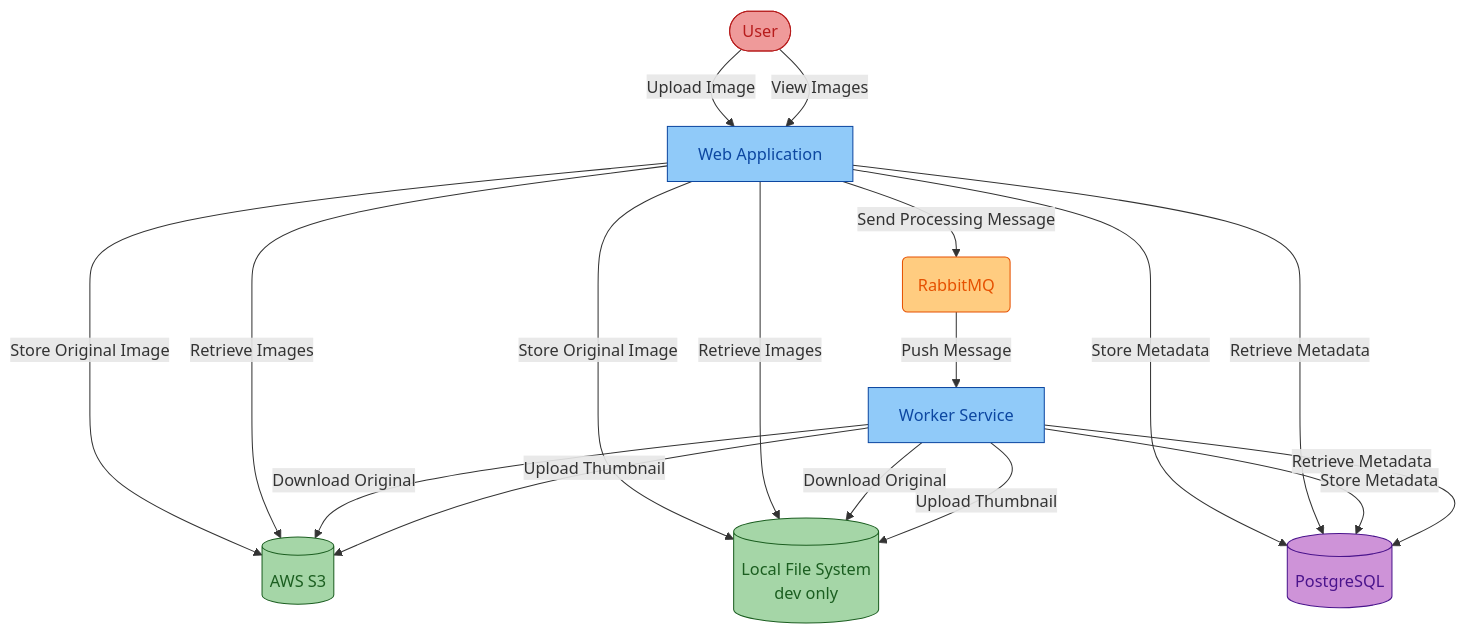
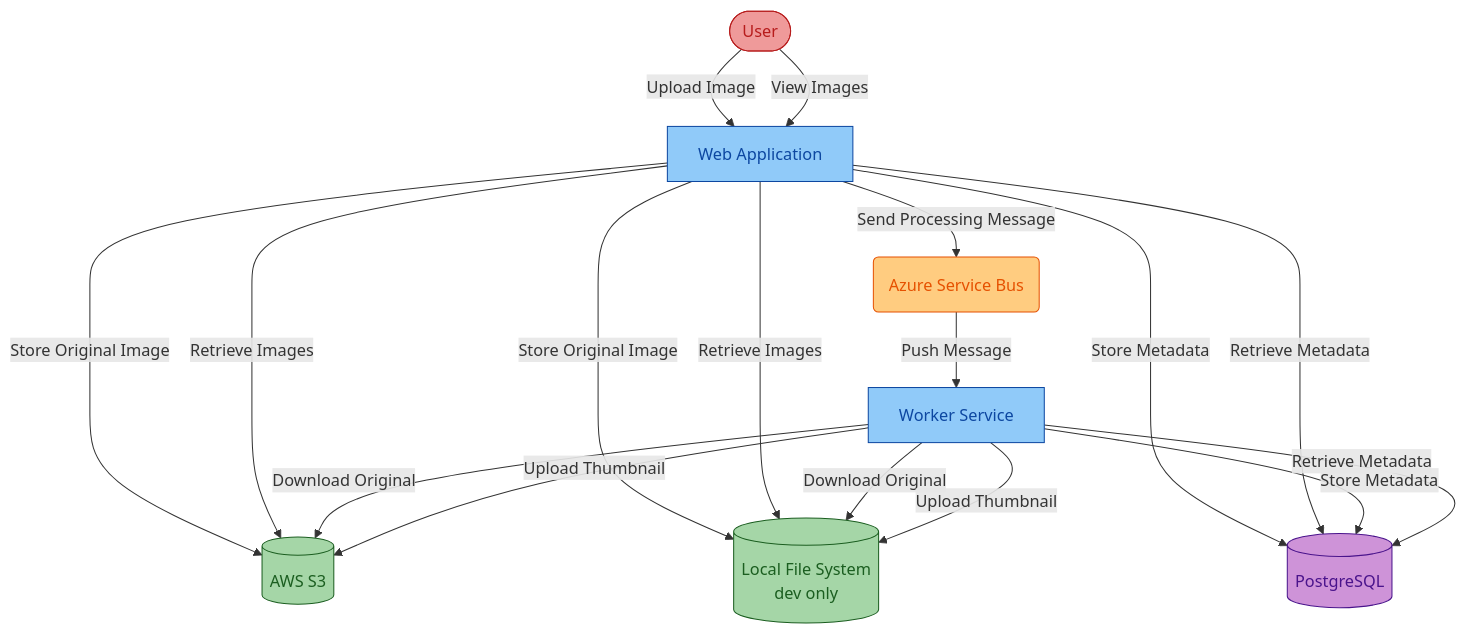
Before and after one commit to showpune/asset-manager-showpune: the first of 2 diagrams in README.md, drawn with Mermaid. The commit also changed other lines of this file and 5 other files, not shown here.

````diff
--- a/README.md
+++ b/README.md
@@ -11,59 +11,59 @@
 ```mermaid
 flowchart TD
 
 %% Applications
 WebApp[Web Application]
 Worker[Worker Service]
 
 %% Storage Components
 S3[(AWS S3)]
 LocalFS[("Local File System<br/>dev only")]
 
 %% Message Broker
-RabbitMQ(RabbitMQ)
+ServiceBus(Azure Service Bus)
 
 %% Database
 PostgreSQL[(PostgreSQL)]
 
 %% User
 User([User])
 
 %% User Flow
 User -->|Upload Image| WebApp
 User -->|View Images| WebApp
 
 %% Web App Flows
 WebApp -->|Store Original Image| S3
 WebApp -->|Store Original Image| LocalFS
-WebApp -->|Send Processing Message| RabbitMQ
+WebApp -->|Send Processing Message| ServiceBus
 WebApp -->|Store Metadata| PostgreSQL
 WebApp -->|Retrieve Images| S3
 WebApp -->|Retrieve Images| LocalFS
 WebApp -->|Retrieve Metadata| PostgreSQL
 
-%% RabbitMQ Flow
-RabbitMQ -->|Push Message| Worker
+%% Service Bus Flow
+ServiceBus -->|Push Message| Worker
 
 %% Worker Flow
 Worker -->|Download Original| S3
 Worker -->|Download Original| LocalFS
 Worker -->|Upload Thumbnail| S3
 Worker -->|Upload Thumbnail| LocalFS
 Worker -->|Store Metadata| PostgreSQL
 Worker -->|Retrieve Metadata| PostgreSQL
 
 %% Styling
 classDef app fill:#90caf9,stroke:#0d47a1,color:#0d47a1
 classDef storage fill:#a5d6a7,stroke:#1b5e20,color:#1b5e20
 classDef broker fill:#ffcc80,stroke:#e65100,color:#e65100
 classDef db fill:#ce93d8,stroke:#4a148c,color:#4a148c
 classDef queue fill:#fff59d,stroke:#f57f17,color:#f57f17
 classDef user fill:#ef9a9a,stroke:#b71c1c,color:#b71c1c
 
 class WebApp,Worker app
 class S3,LocalFS storage
-class RabbitMQ broker
+class ServiceBus broker
 class PostgreSQL db
 class Queue,RetryQueue queue
 class User user
 ```
````
